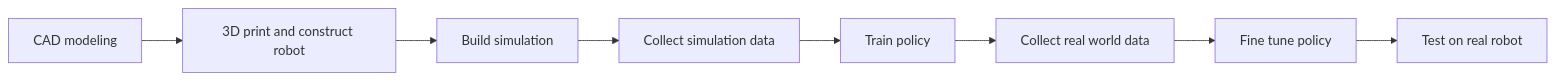
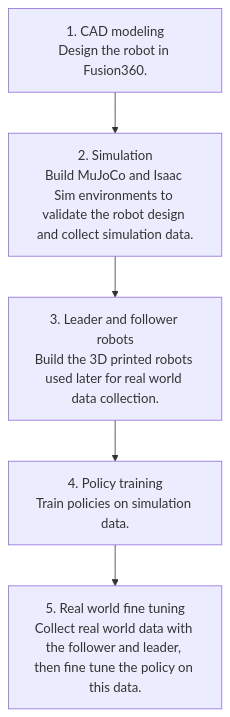
The diagram in README.md (tmeynier/hepha), drawn with Mermaid before and after one commit. The commit also changed other lines of this file, not shown here.

Commit message:
start training the policy section

````diff
--- a/README.md
+++ b/README.md
@@ -162,10 +171,10 @@
 ```mermaid
-flowchart LR
-    A["CAD modeling"] --> B["3D print and construct robot"]
-    B --> C["Build simulation"]
-    C --> D["Collect simulation data"]
-    D --> E["Train policy"]
-    E --> F["Collect real world data"]
-    F --> G["Fine tune policy"]
-    G --> H["Test on real robot"]
+flowchart TD
+    A["1. CAD modeling<br/>Design the robot in Fusion360."]
+    B["2. Simulation<br/>Build MuJoCo and Isaac Sim environments to validate the robot design and collect simulation data."]
+    C["3. Leader and follower robots<br/>Build the 3D printed robots used later for real world data collection."]
+    D["4. Policy training<br/>Train policies on simulation data."]
+    E["5. Real world fine tuning<br/>Collect real world data with the follower and leader, then fine tune the policy on this data."]
+
+    A --> B --> C --> D --> E
 ```
````
